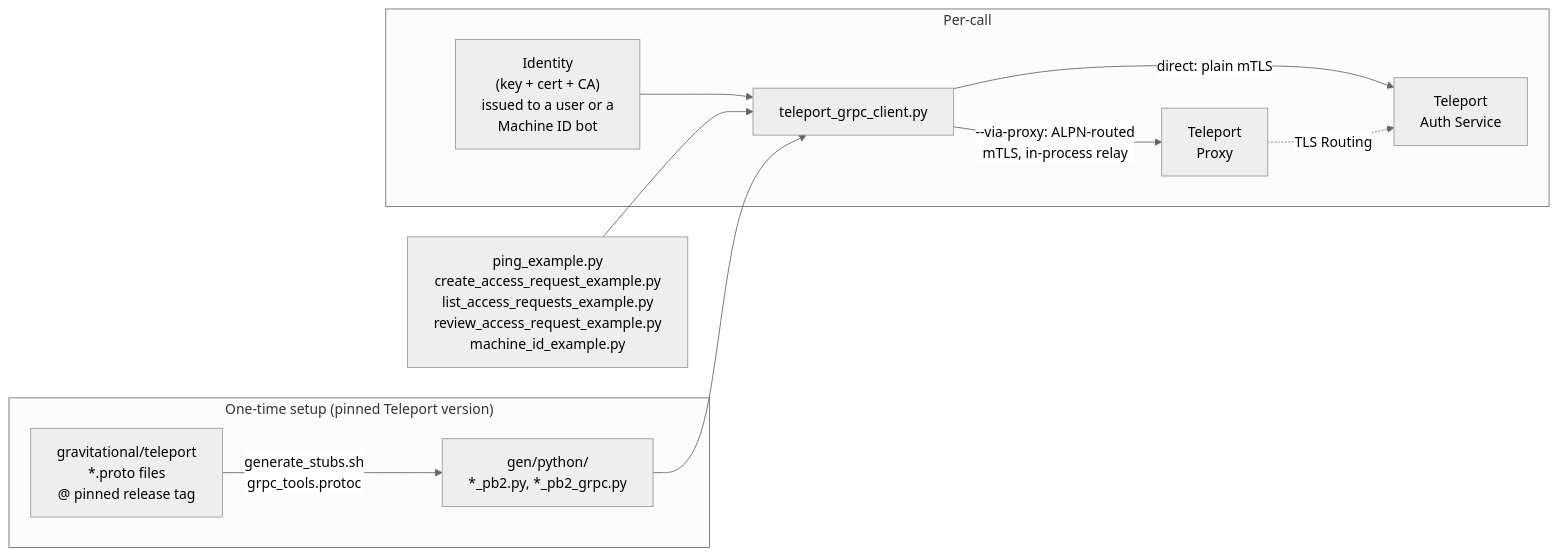
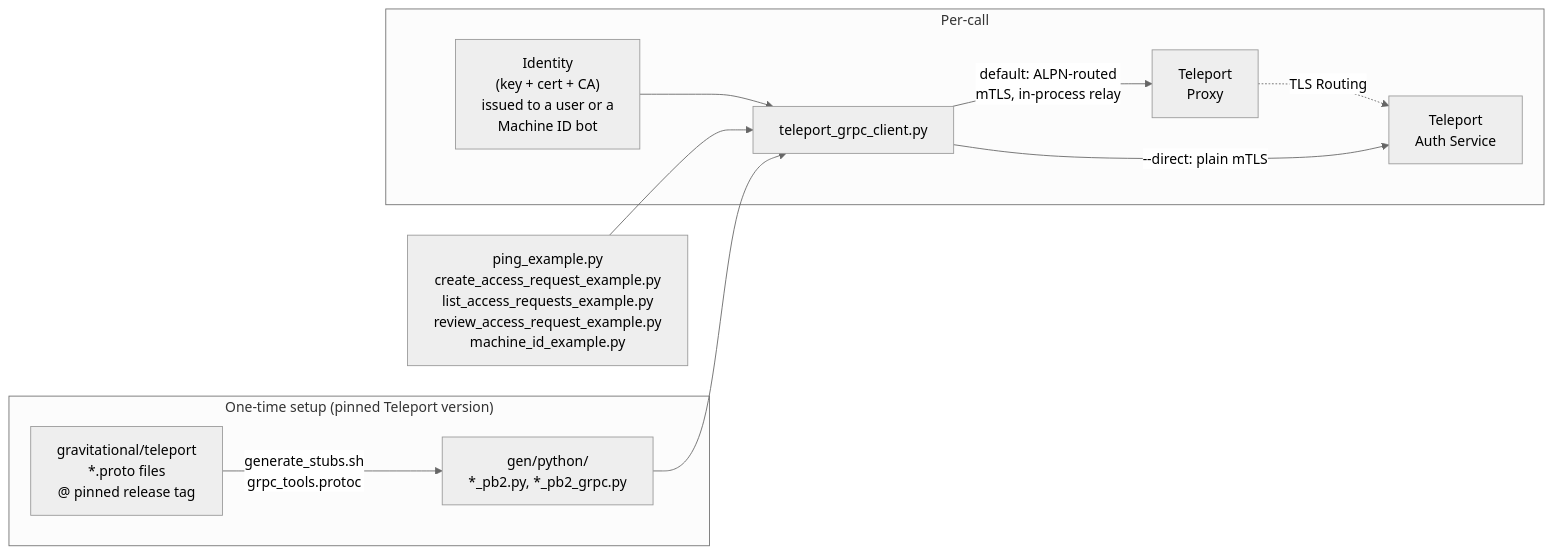
One commit to gravitational/rev-tech changed the first of 3 diagrams in proof-of-concepts/teleport-grpc-python-examples/README.md. Above: the diagram before and after it, drawn with Mermaid (neutral theme). The commit also changed other lines of this file and 6 other files, not shown here.

First line of the commit message:
fix(proof-of-concepts): make proxy-routing the default connection mode

````diff
--- a/proof-of-concepts/teleport-grpc-python-examples/README.md
+++ b/proof-of-concepts/teleport-grpc-python-examples/README.md
@@ -22,16 +22,16 @@
 ```mermaid
 flowchart LR
     subgraph "One-time setup (pinned Teleport version)"
         A["gravitational/teleport\n*.proto files\n@ pinned release tag"] -->|generate_stubs.sh\ngrpc_tools.protoc| B["gen/python/\n*_pb2.py, *_pb2_grpc.py"]
     end
 
     subgraph "Per-call"
         C["Identity\n(key + cert + CA)\nissued to a user or a\nMachine ID bot"] --> D["teleport_grpc_client.py"]
         B --> D
-        D -->|"direct: plain mTLS"| E["Teleport\nAuth Service"]
-        D -->|"--via-proxy: ALPN-routed\nmTLS, in-process relay"| G["Teleport\nProxy"]
+        D -->|"default: ALPN-routed\nmTLS, in-process relay"| G["Teleport\nProxy"]
         G -.->|TLS Routing| E
+        D -->|"--direct: plain mTLS"| E["Teleport\nAuth Service"]
     end
 
     F["ping_example.py\ncreate_access_request_example.py\nlist_access_requests_example.py\nreview_access_request_example.py\nmachine_id_example.py"] --> D
 ```
````
